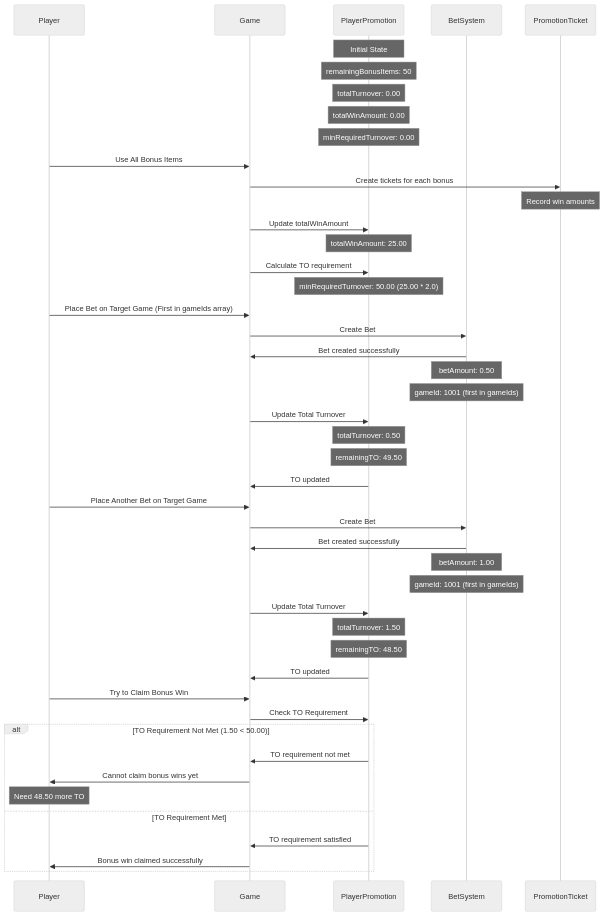
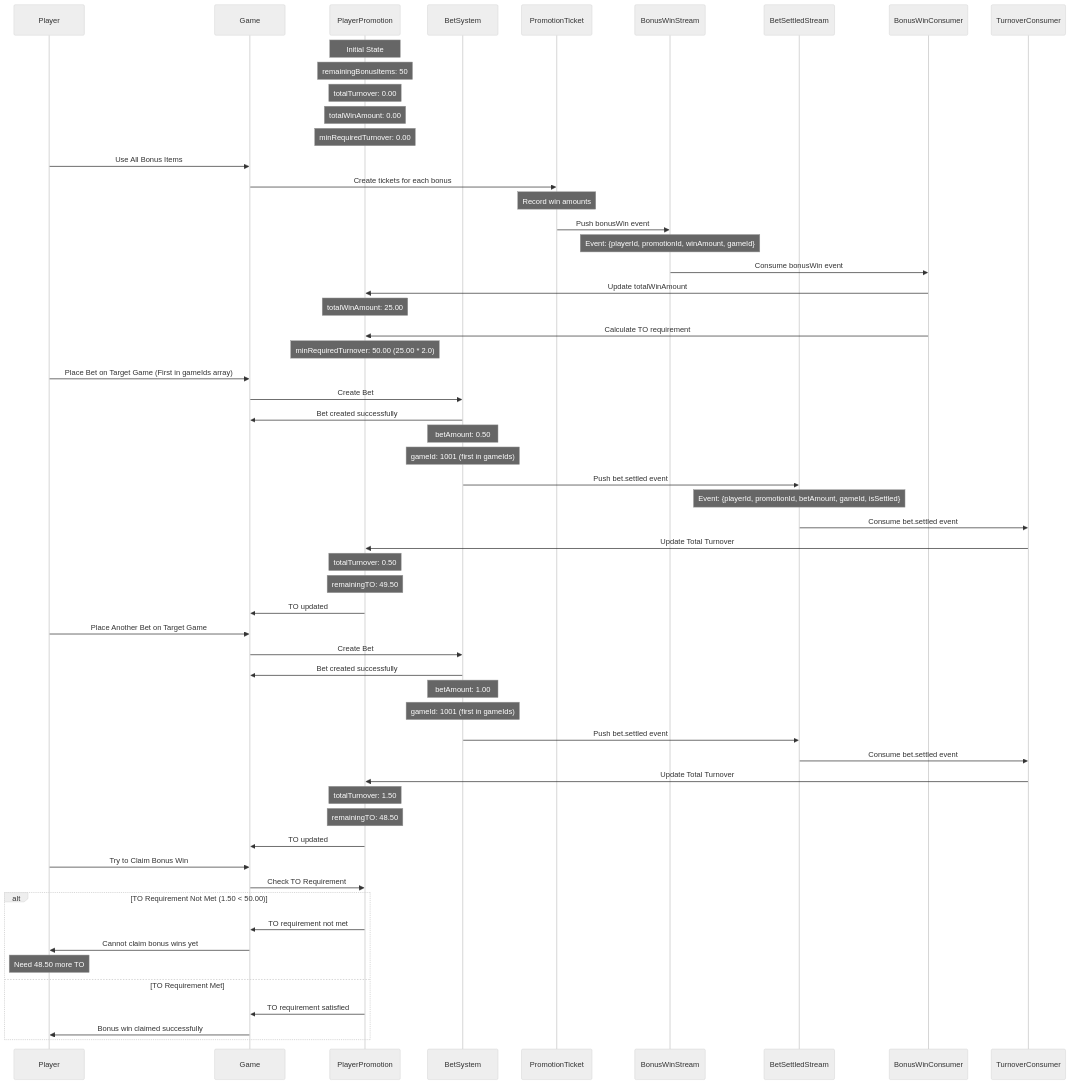
One commit to starixvn/l1_backend-services_game-promotion-api changed the second of 3 diagrams in diagrams/data-models/FreeSpinFlow.md. Above: the diagram before and after it, drawn with Mermaid (neutral theme). The commit also changed other lines of this file and 2 other files, not shown here.

Commit message:
doc: add stream event integration

````diff
--- a/diagrams/data-models/FreeSpinFlow.md
+++ b/diagrams/data-models/FreeSpinFlow.md
@@ -78,55 +78,69 @@
 ```mermaid
 sequenceDiagram
     participant Player
     participant Game
     participant PP as PlayerPromotion
     participant B as BetSystem
     participant PT as PromotionTicket
+    participant BonusWinStream
+    participant BetSettledStream
+    participant BonusWinConsumer
+    participant TurnoverConsumer
 
     Note over PP: Initial State
     Note over PP: remainingBonusItems: 50
     Note over PP: totalTurnover: 0.00
     Note over PP: totalWinAmount: 0.00
     Note over PP: minRequiredTurnover: 0.00
 
     Player->>Game: Use All Bonus Items
     Game->>PT: Create tickets for each bonus
     Note over PT: Record win amounts
-    Game->>PP: Update totalWinAmount
+    PT->>BonusWinStream: Push bonusWin event
+    Note over BonusWinStream: Event: {playerId, promotionId, winAmount, gameId}
+
+    BonusWinStream->>BonusWinConsumer: Consume bonusWin event
+    BonusWinConsumer->>PP: Update totalWinAmount
     Note over PP: totalWinAmount: 25.00
-    Game->>PP: Calculate TO requirement
+    BonusWinConsumer->>PP: Calculate TO requirement
     Note over PP: minRequiredTurnover: 50.00 (25.00 * 2.0)
 
     Player->>Game: Place Bet on Target Game (First in gameIds array)
     Game->>B: Create Bet
     B->>Game: Bet created successfully
     Note over B: betAmount: 0.50
     Note over B: gameId: 1001 (first in gameIds)
 
-    Game->>PP: Update Total Turnover
+    B->>BetSettledStream: Push bet.settled event
+    Note over BetSettledStream: Event: {playerId, promotionId, betAmount, gameId, isSettled}
+
+    BetSettledStream->>TurnoverConsumer: Consume bet.settled event
+    TurnoverConsumer->>PP: Update Total Turnover
     Note over PP: totalTurnover: 0.50
     Note over PP: remainingTO: 49.50
     PP->>Game: TO updated
 
     Player->>Game: Place Another Bet on Target Game
     Game->>B: Create Bet
     B->>Game: Bet created successfully
     Note over B: betAmount: 1.00
     Note over B: gameId: 1001 (first in gameIds)
 
-    Game->>PP: Update Total Turnover
+    B->>BetSettledStream: Push bet.settled event
+    BetSettledStream->>TurnoverConsumer: Consume bet.settled event
+    TurnoverConsumer->>PP: Update Total Turnover
     Note over PP: totalTurnover: 1.50
     Note over PP: remainingTO: 48.50
     PP->>Game: TO updated
 
     Player->>Game: Try to Claim Bonus Win
     Game->>PP: Check TO Requirement
     alt TO Requirement Not Met (1.50 < 50.00)
         PP->>Game: TO requirement not met
         Game->>Player: Cannot claim bonus wins yet
         Note over Player: Need 48.50 more TO
     else TO Requirement Met
         PP->>Game: TO requirement satisfied
         Game->>Player: Bonus win claimed successfully
     end
 ```
````
